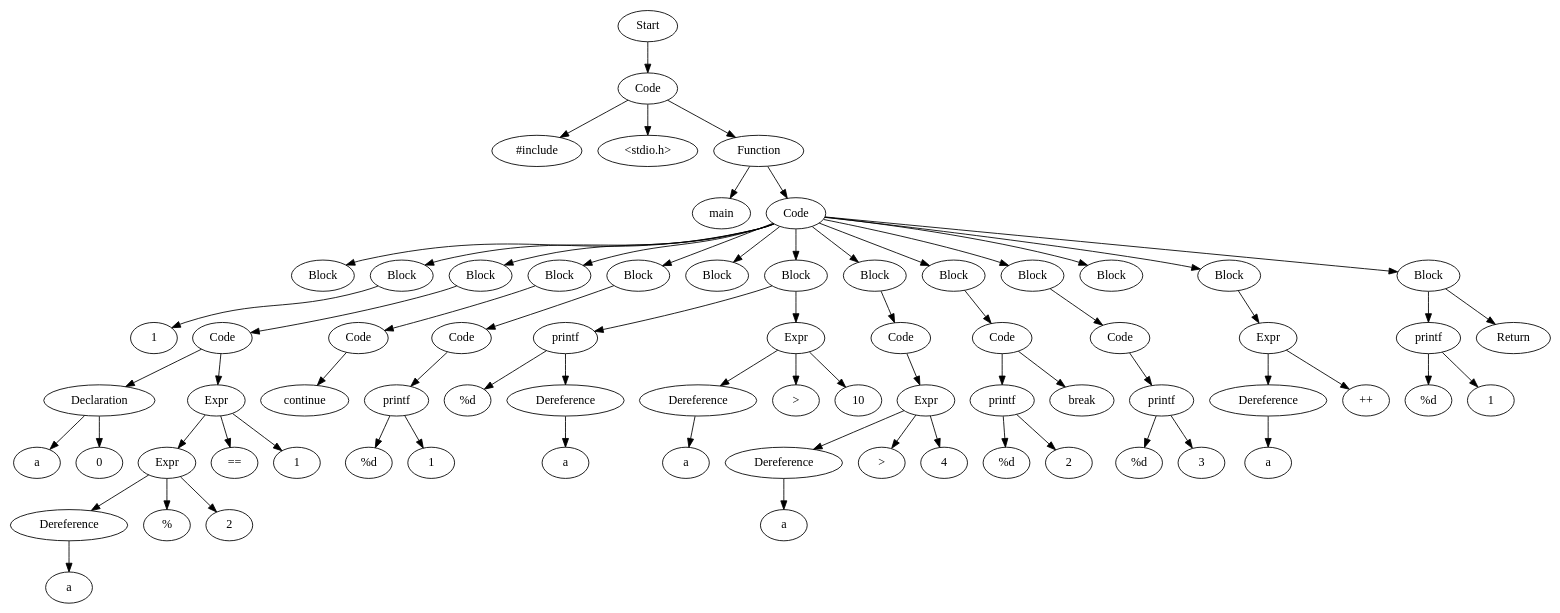
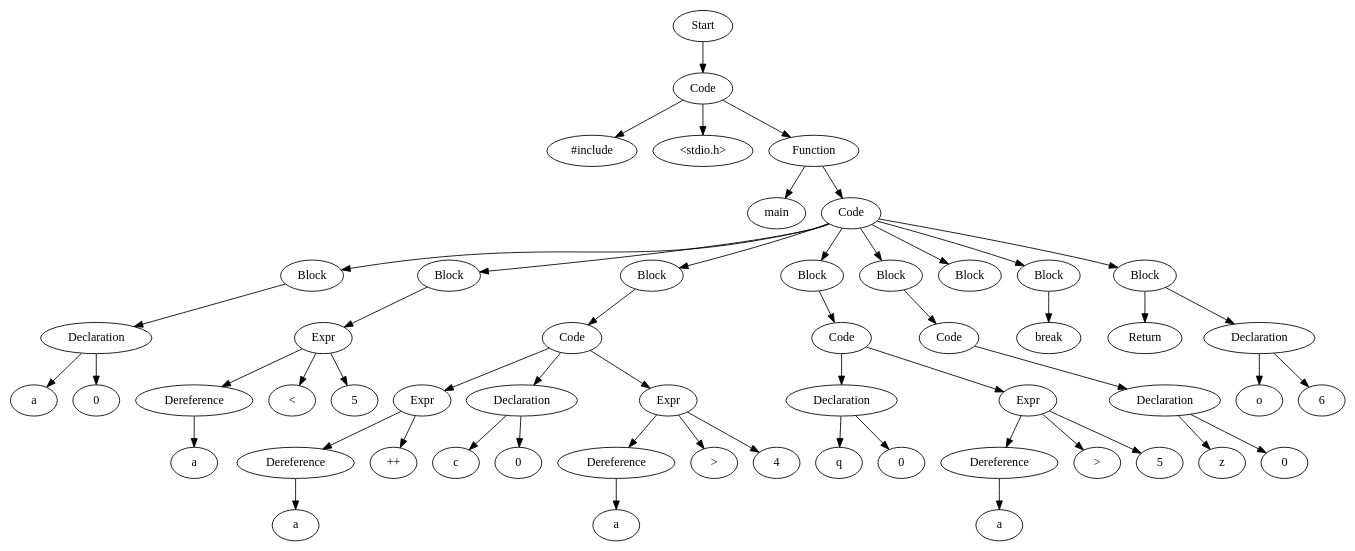
Before and after one commit to Are-you-listening/Compilers: the diagram in TestCases/ASTTests/DeadCodeRemoveTests/CreateTests/read_file_after.dot, drawn with Graphviz. The commit also changed 42 other files, not shown here.

```diff
--- a/TestCases/ASTTests/DeadCodeRemoveTests/CreateTests/read_file_after.dot
+++ b/TestCases/ASTTests/DeadCodeRemoveTests/CreateTests/read_file_after.dot
@@ -1,143 +1,109 @@
 digraph AST {
-  "131704120028912" [label="Start"];
-  "131704120028912" -> "131704120022144";
-  "131704120022144" [label="Code"];
-  "131704120022144" -> "131704118149376";
-  "131704120022144" -> "131704118149424";
-  "131704120022144" -> "131704118149472";
-  "131704118149376" [label="#include"];
-  "131704118149424" [label="<stdio.h>"];
-  "131704118149472" [label="Function"];
-  "131704118149472" -> "131704118149616";
-  "131704118149472" -> "131704118149664";
-  "131704118149616" [label="main"];
-  "131704118149664" [label="Code"];
-  "131704118149664" -> "131704118149904";
-  "131704118149664" -> "131704118150048";
-  "131704118149664" -> "131704118150240";
-  "131704118149664" -> "131704118150768";
-  "131704118149664" -> "131704118151488";
-  "131704118149664" -> "131704118151824";
-  "131704118149664" -> "131704118152064";
-  "131704118149664" -> "131704118152832";
-  "131704118149664" -> "131704118153168";
-  "131704118149664" -> "131704118153888";
-  "131704118149664" -> "131704118154224";
-  "131704118149664" -> "131704118154464";
-  "131704118149664" -> "131704118154896";
-  "131704118149904" [label="Block"];
-  "131704118150048" [label="Block"];
-  "131704118150048" -> "131704118150144";
-  "131704118150144" [label="1"];
-  "131704118150240" [label="Block"];
-  "131704118150240" -> "131704118150336";
-  "131704118150336" [label="Code"];
-  "131704118150336" -> "131704118150480";
-  "131704118150336" -> "131704118150576";
-  "131704118150480" [label="Declaration"];
-  "131704118150480" -> "131704118150624";
-  "131704118150480" -> "131704118150672";
-  "131704118150624" [label="a"];
-  "131704118150672" [label="0"];
-  "131704118150576" [label="Expr"];
-  "131704118150576" -> "131704118150816";
-  "131704118150576" -> "131704118150912";
-  "131704118150576" -> "131704118151200";
-  "131704118150816" [label="Expr"];
-  "131704118150816" -> "131704118150960";
-  "131704118150816" -> "131704118151056";
-  "131704118150816" -> "131704118151152";
-  "131704118150960" [label="Dereference"];
-  "131704118150960" -> "131704118151104";
-  "131704118151104" [label="a"];
-  "131704118151056" [label="%"];
-  "131704118151152" [label="2"];
-  "131704118150912" [label="=="];
-  "131704118151200" [label="1"];
-  "131704118150768" [label="Block"];
-  "131704118150768" -> "131704118151296";
-  "131704118151296" [label="Code"];
-  "131704118151296" -> "131704118151440";
-  "131704118151440" [label="continue"];
-  "131704118151488" [label="Block"];
-  "131704118151488" -> "131704118151584";
-  "131704118151584" [label="Code"];
-  "131704118151584" -> "131704118151728";
-  "131704118151728" [label="printf"];
-  "131704118151728" -> "131704118151872";
-  "131704118151728" -> "131704118151920";
-  "131704118151872" [label="%d"];
-  "131704118151920" [label="1"];
-  "131704118151824" [label="Block"];
-  "131704118152064" [label="Block"];
-  "131704118152064" -> "131704118152160";
-  "131704118152064" -> "131704118152256";
-  "131704118152160" [label="printf"];
-  "131704118152160" -> "131704118152304";
-  "131704118152160" -> "131704118152352";
-  "131704118152304" [label="%d"];
-  "131704118152352" [label="Dereference"];
-  "131704118152352" -> "131704118152496";
-  "131704118152496" [label="a"];
-  "131704118152256" [label="Expr"];
-  "131704118152256" -> "131704118152592";
-  "131704118152256" -> "131704118152688";
-  "131704118152256" -> "131704118152784";
-  "131704118152592" [label="Dereference"];
-  "131704118152592" -> "131704118152736";
-  "131704118152736" [label="a"];
-  "131704118152688" [label=">"];
-  "131704118152784" [label="10"];
-  "131704118152832" [label="Block"];
-  "131704118152832" -> "131704118152928";
-  "131704118152928" [label="Code"];
-  "131704118152928" -> "131704118153072";
-  "131704118153072" [label="Expr"];
-  "131704118153072" -> "131704118153216";
-  "131704118153072" -> "131704118153312";
-  "131704118153072" -> "131704118153408";
-  "131704118153216" [label="Dereference"];
-  "131704118153216" -> "131704118153360";
-  "131704118153360" [label="a"];
-  "131704118153312" [label=">"];
-  "131704118153408" [label="4"];
-  "131704118153168" [label="Block"];
-  "131704118153168" -> "131704118153504";
-  "131704118153504" [label="Code"];
-  "131704118153504" -> "131704118153648";
-  "131704118153504" -> "131704118153744";
-  "131704118153648" [label="printf"];
-  "131704118153648" -> "131704118153792";
-  "131704118153648" -> "131704118153840";
-  "131704118153792" [label="%d"];
-  "131704118153840" [label="2"];
-  "131704118153744" [label="break"];
-  "131704118153888" [label="Block"];
-  "131704118153888" -> "131704118153984";
-  "131704118153984" [label="Code"];
-  "131704118153984" -> "131704118154128";
-  "131704118154128" [label="printf"];
-  "131704118154128" -> "131704118154272";
-  "131704118154128" -> "131704118154320";
-  "131704118154272" [label="%d"];
-  "131704118154320" [label="3"];
-  "131704118154224" [label="Block"];
-  "131704118154464" [label="Block"];
-  "131704118154464" -> "131704118154560";
-  "131704118154560" [label="Expr"];
-  "131704118154560" -> "131704118154704";
-  "131704118154560" -> "131704118154800";
-  "131704118154704" [label="Dereference"];
-  "131704118154704" -> "131704118154848";
-  "131704118154848" [label="a"];
-  "131704118154800" [label="++"];
-  "131704118154896" [label="Block"];
-  "131704118154896" -> "131704118154992";
-  "131704118154896" -> "131704118155088";
-  "131704118154992" [label="printf"];
-  "131704118154992" -> "131704118155136";
-  "131704118154992" -> "131704118155184";
-  "131704118155136" [label="%d"];
-  "131704118155184" [label="1"];
-  "131704118155088" [label="Return"];
+  "135171120308016" [label="Start"];
+  "135171120308016" -> "135171120471616";
+  "135171120471616" [label="Code"];
+  "135171120471616" -> "135171120476848";
+  "135171120471616" -> "135171120467104";
+  "135171120471616" -> "135171120472096";
+  "135171120476848" [label="#include"];
+  "135171120467104" [label="<stdio.h>"];
+  "135171120472096" [label="Function"];
+  "135171120472096" -> "135171120464080";
+  "135171120472096" -> "135171120479008";
+  "135171120464080" [label="main"];
+  "135171120479008" [label="Code"];
+  "135171120479008" -> "135171120474304";
+  "135171120479008" -> "135171120465088";
+  "135171120479008" -> "135171120472816";
+  "135171120479008" -> "135171118613024";
+  "135171120479008" -> "135171118613792";
+  "135171120479008" -> "135171118614368";
+  "135171120479008" -> "135171118614608";
+  "135171120479008" -> "135171118614800";
+  "135171120474304" [label="Block"];
+  "135171120474304" -> "135171120478384";
+  "135171120478384" [label="Declaration"];
+  "135171120478384" -> "135171120478000";
+  "135171120478384" -> "135171120479248";
+  "135171120478000" [label="a"];
+  "135171120479248" [label="0"];
+  "135171120465088" [label="Block"];
+  "135171120465088" -> "135171120473392";
+  "135171120473392" [label="Expr"];
+  "135171120473392" -> "135171120479824";
+  "135171120473392" -> "135171120472480";
+  "135171120473392" -> "135171120468448";
+  "135171120479824" [label="Dereference"];
+  "135171120479824" -> "135171120466864";
+  "135171120466864" [label="a"];
+  "135171120472480" [label="<"];
+  "135171120468448" [label="5"];
+  "135171120472816" [label="Block"];
+  "135171120472816" -> "135171120466576";
+  "135171120466576" [label="Code"];
+  "135171120466576" -> "135171120471184";
+  "135171120466576" -> "135171118612544";
+  "135171120466576" -> "135171118612832";
+  "135171120471184" [label="Expr"];
+  "135171120471184" -> "135171118612592";
+  "135171120471184" -> "135171118612688";
+  "135171118612592" [label="Dereference"];
+  "135171118612592" -> "135171118612736";
+  "135171118612736" [label="a"];
+  "135171118612688" [label="++"];
+  "135171118612544" [label="Declaration"];
+  "135171118612544" -> "135171118612880";
+  "135171118612544" -> "135171118612928";
+  "135171118612880" [label="c"];
+  "135171118612928" [label="0"];
+  "135171118612832" [label="Expr"];
+  "135171118612832" -> "135171118613072";
+  "135171118612832" -> "135171118613168";
+  "135171118612832" -> "135171118613264";
+  "135171118613072" [label="Dereference"];
+  "135171118613072" -> "135171118613216";
+  "135171118613216" [label="a"];
+  "135171118613168" [label=">"];
+  "135171118613264" [label="4"];
+  "135171118613024" [label="Block"];
+  "135171118613024" -> "135171118613360";
+  "135171118613360" [label="Code"];
+  "135171118613360" -> "135171118613504";
+  "135171118613360" -> "135171118613600";
+  "135171118613504" [label="Declaration"];
+  "135171118613504" -> "135171118613648";
+  "135171118613504" -> "135171118613696";
+  "135171118613648" [label="q"];
+  "135171118613696" [label="0"];
+  "135171118613600" [label="Expr"];
+  "135171118613600" -> "135171118613840";
+  "135171118613600" -> "135171118613936";
+  "135171118613600" -> "135171118614032";
+  "135171118613840" [label="Dereference"];
+  "135171118613840" -> "135171118613984";
+  "135171118613984" [label="a"];
+  "135171118613936" [label=">"];
+  "135171118614032" [label="5"];
+  "135171118613792" [label="Block"];
+  "135171118613792" -> "135171118614128";
+  "135171118614128" [label="Code"];
+  "135171118614128" -> "135171118614272";
+  "135171118614272" [label="Declaration"];
+  "135171118614272" -> "135171118614416";
+  "135171118614272" -> "135171118614464";
+  "135171118614416" [label="z"];
+  "135171118614464" [label="0"];
+  "135171118614368" [label="Block"];
+  "135171118614608" [label="Block"];
+  "135171118614608" -> "135171118614704";
+  "135171118614704" [label="break"];
+  "135171118614800" [label="Block"];
+  "135171118614800" -> "135171118614896";
+  "135171118614800" -> "135171118614992";
+  "135171118614896" [label="Return"];
+  "135171118614992" [label="Declaration"];
+  "135171118614992" -> "135171118615136";
+  "135171118614992" -> "135171118615184";
+  "135171118615136" [label="o"];
+  "135171118615184" [label="6"];
 }
```
